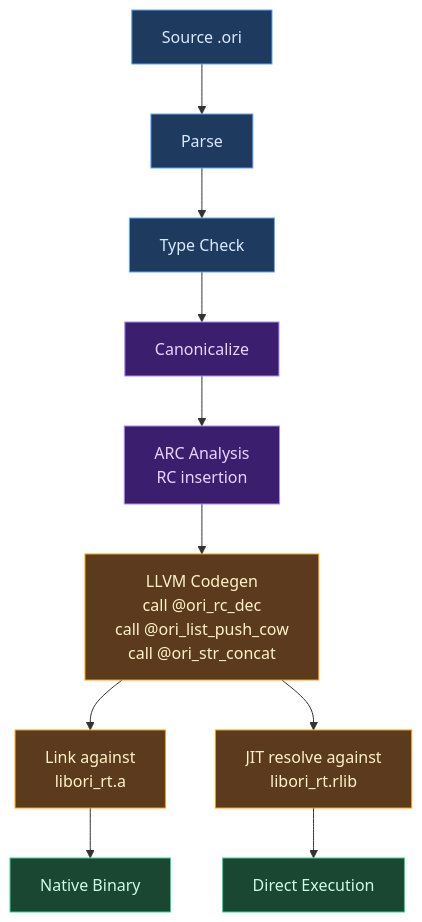
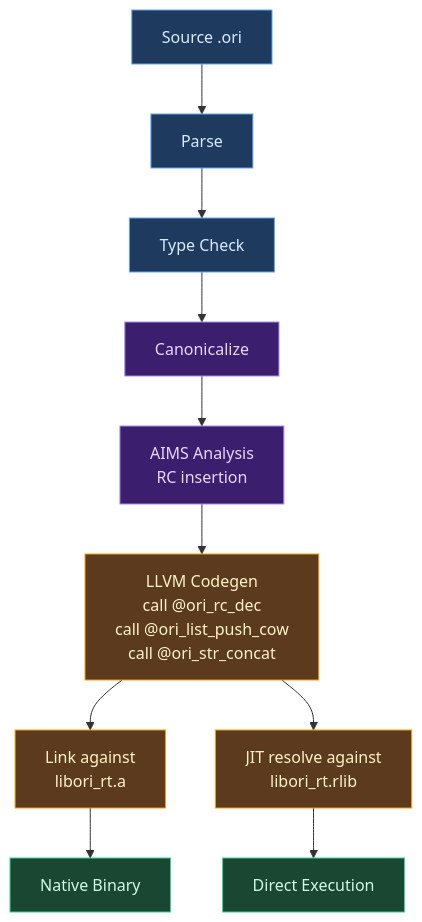
One commit to upstat-io/ori-lang changed the first of 2 diagrams in docs/compiler/design/11-runtime/index.md. Above: the diagram before and after it, drawn with Mermaid. The commit also changed other lines of this file and 51 other files, not shown here.

````diff
--- a/docs/compiler/design/11-runtime/index.md
+++ b/docs/compiler/design/11-runtime/index.md
@@ -76,30 +76,30 @@
 ```mermaid
 flowchart TB
     Source["Source .ori"] --> Parse["Parse"]
     Parse --> TypeCheck["Type Check"]
     TypeCheck --> Canon["Canonicalize"]
-    Canon --> ARC["ARC Analysis
+    Canon --> ARC["AIMS Analysis
     RC insertion"]
     ARC --> LLVM["LLVM Codegen
     call @ori_rc_dec
     call @ori_list_push_cow
     call @ori_str_concat"]
 
     LLVM --> Link["Link against
     libori_rt.a"]
     Link --> Binary["Native Binary"]
 
     LLVM --> JIT["JIT resolve against
     libori_rt.rlib"]
     JIT --> Exec["Direct Execution"]
 
     classDef frontend fill:#1e3a5f,stroke:#60a5fa,color:#dbeafe
     classDef canon fill:#3b1f6e,stroke:#a78bfa,color:#e9d5ff
     classDef native fill:#5c3a1e,stroke:#f59e0b,color:#fef3c7
     classDef interpreter fill:#1a4731,stroke:#34d399,color:#d1fae5
 
     class Source,Parse,TypeCheck frontend
     class Canon,ARC canon
     class LLVM,Link,JIT native
     class Binary,Exec interpreter
 ```
````
